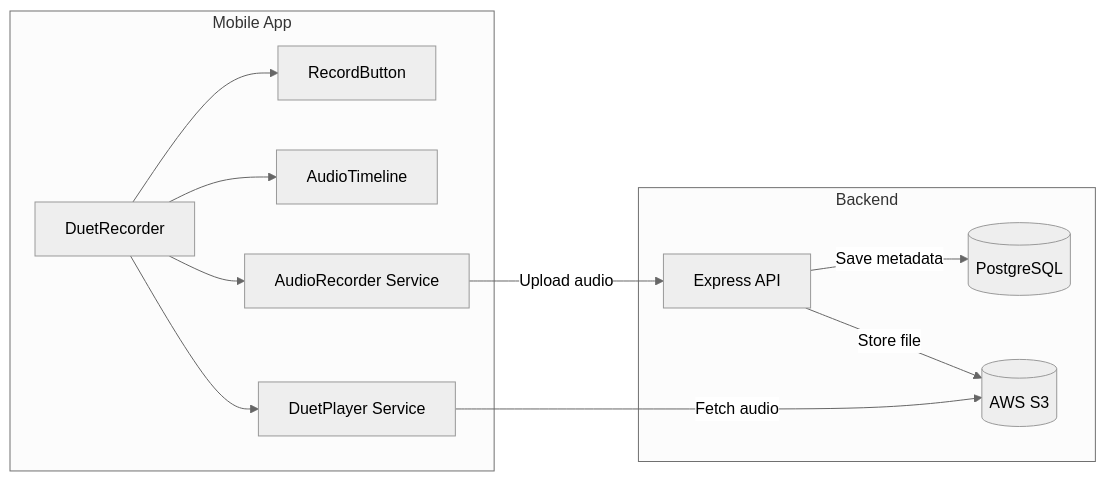
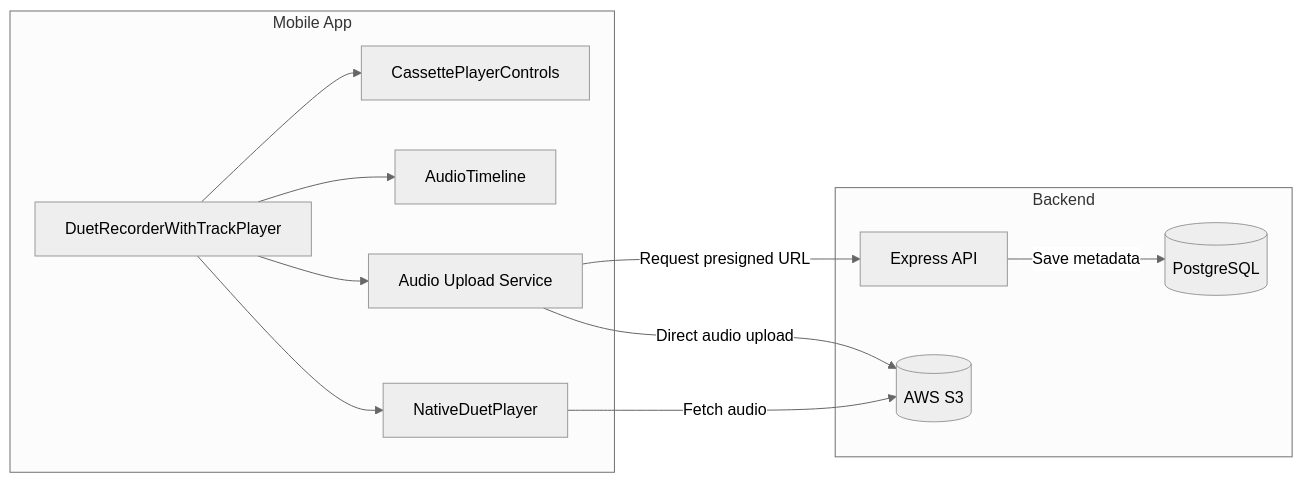
The second of 2 diagrams in README.md (shantamg/tap-story), drawn with Mermaid (neutral theme) before and after one commit. The commit also changed other lines of this file and 69 other files, not shown here.

First line of the commit message:
feat(audio): native full-duplex engine rewrite for exact timeline sync

````diff
--- a/README.md
+++ b/README.md
@@ -259,27 +259,27 @@
 ```mermaid
 flowchart LR
     subgraph Mobile App
-        DR[DuetRecorder]
-        RB[RecordButton]
+        DR[DuetRecorderWithTrackPlayer]
+        RB[CassettePlayerControls]
         AT[AudioTimeline]
-        AR[AudioRecorder Service]
-        DP[DuetPlayer Service]
+        AR[Audio Upload Service]
+        DP[NativeDuetPlayer]
     end
 
     subgraph Backend
         API[Express API]
         DB[(PostgreSQL)]
         S3[(AWS S3)]
     end
 
     DR --> RB
     DR --> AT
     DR --> AR
     DR --> DP
 
-    AR -->|Upload audio| API
-    API -->|Store file| S3
+    AR -->|Request presigned URL| API
+    AR -->|Direct audio upload| S3
     API -->|Save metadata| DB
 
     DP -->|Fetch audio| S3
 ```
````
